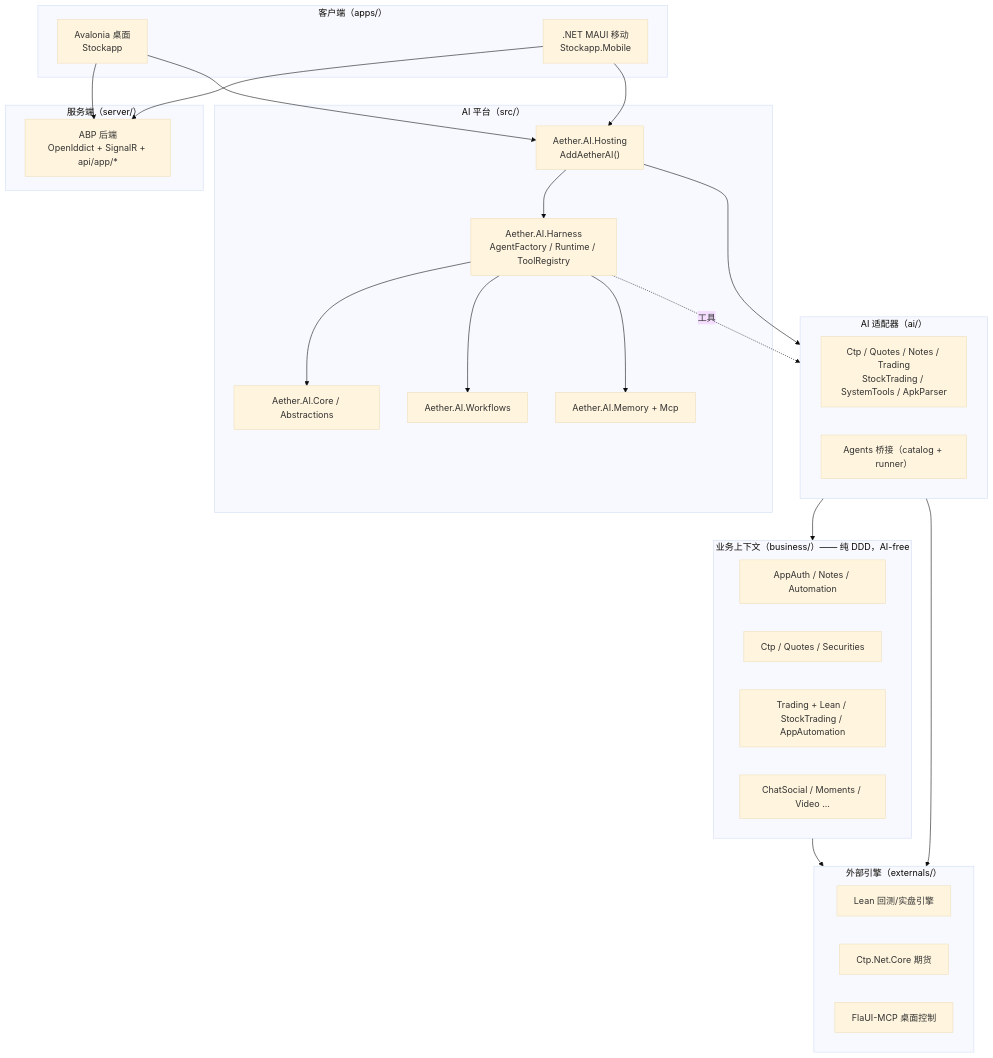
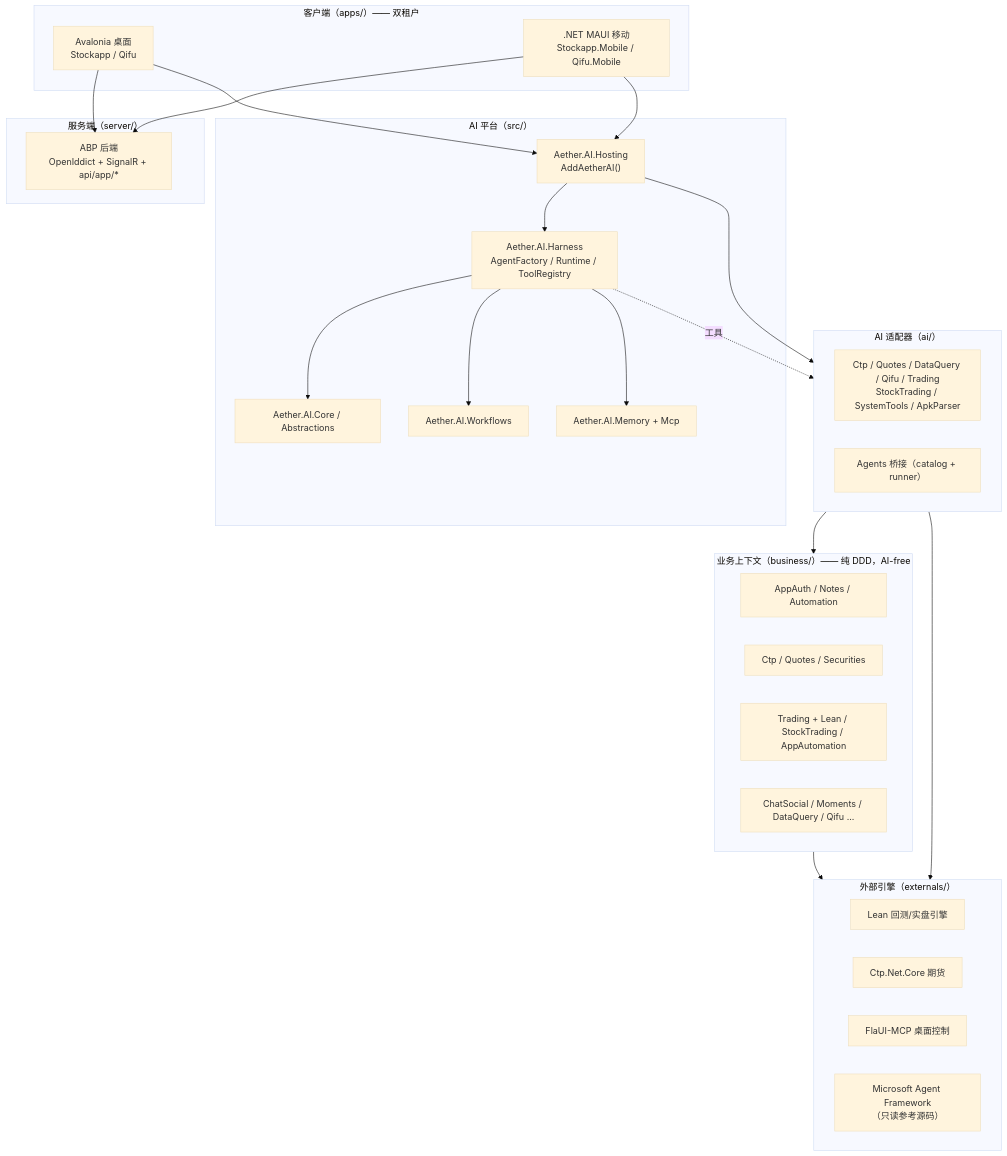
One commit to chengqun/Aether changed the diagram in README.md. Above: the diagram before and after it, drawn with Mermaid (base theme). The commit also changed other lines of this file, not shown here.

````diff
--- a/README.md
+++ b/README.md
@@ -11,46 +11,47 @@
 ```mermaid
 graph TD
-    subgraph Clients["客户端（apps/）"]
-        DT["Avalonia 桌面<br/>Stockapp"]
-        MB[".NET MAUI 移动<br/>Stockapp.Mobile"]
+    subgraph Clients["客户端（apps/）—— 双租户"]
+        DT["Avalonia 桌面<br/>Stockapp / Qifu"]
+        MB[".NET MAUI 移动<br/>Stockapp.Mobile / Qifu.Mobile"]
     end
     subgraph Server["服务端（server/）"]
         ABP["ABP 后端<br/>OpenIddict + SignalR + api/app/*"]
     end
     subgraph Platform["AI 平台（src/）"]
         HAR["Aether.AI.Harness<br/>AgentFactory / Runtime / ToolRegistry"]
         CORE["Aether.AI.Core / Abstractions"]
         WF["Aether.AI.Workflows"]
         MEM["Aether.AI.Memory + Mcp"]
         HOST["Aether.AI.Hosting<br/>AddAetherAI()"]
     end
     subgraph Business["业务上下文（business/）—— 纯 DDD，AI-free"]
         B1["AppAuth / Notes / Automation"]
         B2["Ctp / Quotes / Securities"]
         B3["Trading + Lean / StockTrading / AppAutomation"]
-        B4["ChatSocial / Moments / Video ..."]
+        B4["ChatSocial / Moments / DataQuery / Qifu ..."]
     end
     subgraph Adapters["AI 适配器（ai/）"]
-        A1["Ctp / Quotes / Notes / Trading<br/>StockTrading / SystemTools / ApkParser"]
+        A1["Ctp / Quotes / DataQuery / Qifu / Trading<br/>StockTrading / SystemTools / ApkParser"]
         A2["Agents 桥接（catalog + runner）"]
     end
     subgraph Ext["外部引擎（externals/）"]
         LEAN["Lean 回测/实盘引擎"]
         CTP["Ctp.Net.Core 期货"]
         FLAUI["FlaUI-MCP 桌面控制"]
+        MAF["Microsoft Agent Framework<br/>（只读参考源码）"]
     end
 
     DT --> ABP
     MB --> ABP
     DT --> HOST
     MB --> HOST
     HOST --> HAR
     HAR --> CORE
     HAR --> WF
     HAR --> MEM
     HOST --> Adapters
     Adapters --> Business
     HAR -.工具.-> Adapters
     Business --> Ext
     Adapters --> Ext
 ```
````
